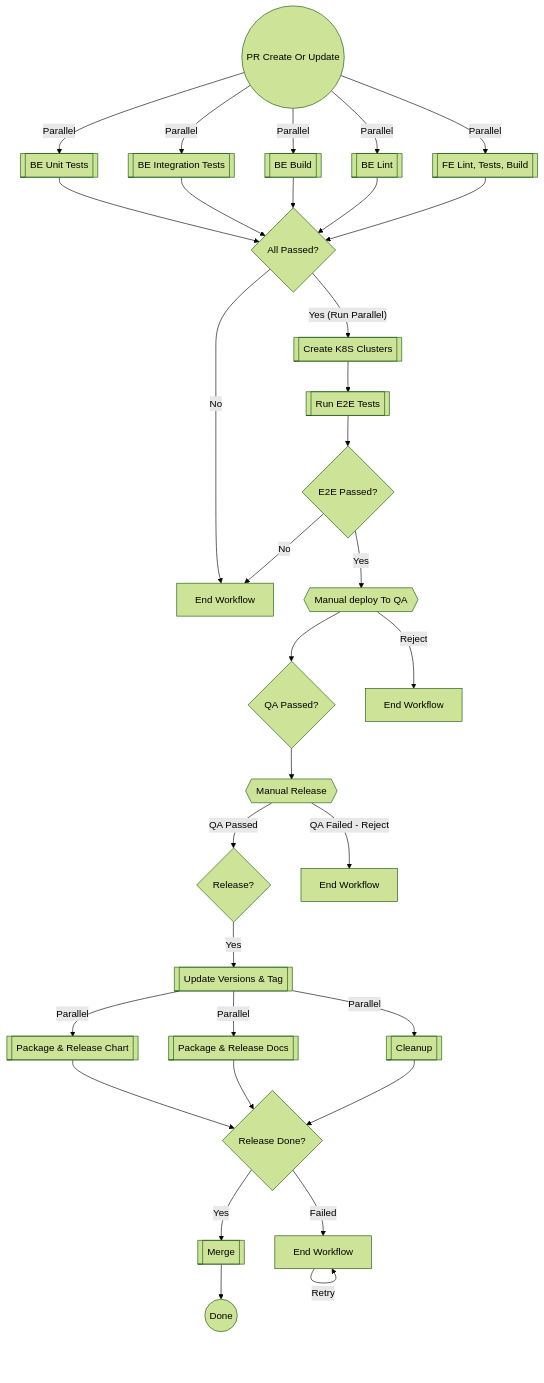
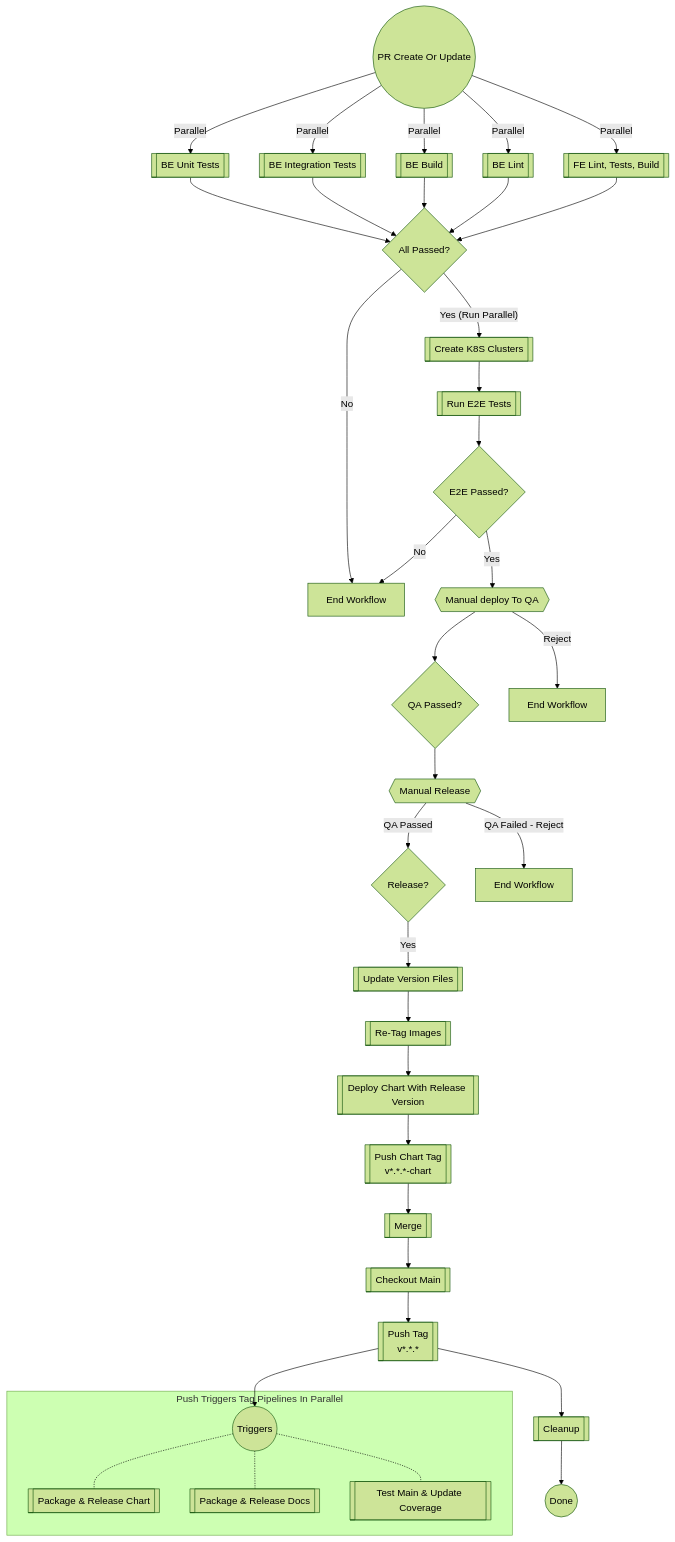
Before and after one commit to azarc-io/verathread-gateway: the diagram in docs/docs/contributing.md, drawn with Mermaid (forest theme). The commit also changed other lines of this file, not shown here.

Commit message:
VTHP-1940: Updated docs to reflect pipeline changes (#15)

````diff
--- a/docs/docs/contributing.md
+++ b/docs/docs/contributing.md
@@ -48,35 +57,40 @@
 ```mermaid
 flowchart TD
   PR((PR Create Or Update)) -- Parallel --> BEUT[[BE Unit Tests]]
   PR -- Parallel --> BEIT[[BE Integration Tests]]
   PR -- Parallel --> BEB[[BE Build]]
   PR -- Parallel --> BEL[[BE Lint]]
   PR -- Parallel --> FEB[[FE Lint, Tests, Build]]
   BEUT --> AP{All Passed?}
   BEIT --> AP
   BEB --> AP
   BEL --> AP
   FEB --> AP
   AP -- Yes (Run Parallel) --> TP[[Create K8S Clusters]]
   AP -- No --> AEW[End Workflow]
   TP --> E2E[[Run E2E Tests]]
   E2E --> E2EP{E2E Passed?}
   E2EP -- No --> AEW
   E2EP -- Yes --> QA{{Manual deploy To QA}}
   QA --> QAP{QA Passed?}
   QA -- Reject --> PRC[End Workflow]
   QAP --> MREL{{Manual Release}}
   MREL -- QA Passed --> REL{Release?}
   MREL -- QA Failed - Reject --> PRQAREJ[End Workflow]
-  REL -- Yes --> RLT[[Update Versions & Tag]]
-  RLT -- Parallel --> RLC[[Package & Release Chart]]
-  RLT -- Parallel --> RLD[[Package & Release Docs]]
-  RLT -- Parallel --> CLN[[Cleanup]]
-  RLC --> RELD{Release Done?}
-  RELD -- Failed --> RF[End Workflow]
-  RF -- Retry --> RF
-  RLD --> RELD
-  CLN --> RELD
-  RELD -- Yes --> MRG[[Merge]]
-  MRG --> DONE((Done))
+  REL -- Yes --> UV[[Update Version Files]]
+  UV --> RT[[Re-Tag Images]]
+  RT --> DCWRV[[Deploy Chart With Release Version]]
+  DCWRV --> PCT[[Push Chart Tag\nv*.*.*-chart]]
+  PCT --> MRG[[Merge]]
+  MRG --> COM[[Checkout Main]]
+  COM --> PMT[[Push Tag\nv*.*.*]]
+  PMT --> CLN[[Cleanup]]
+  CLN --> DONE((Done))
+  PMT --> TTP((Triggers))
+
+  subgraph par [Push Triggers Tag Pipelines In Parallel]
+  TTP -.- RLC[[Package & Release Chart]]
+  TTP -.- RLD[[Package & Release Docs]]
+  TTP -.- MCOV[[Test Main & Update Coverage]]
+  end
 ```
````
